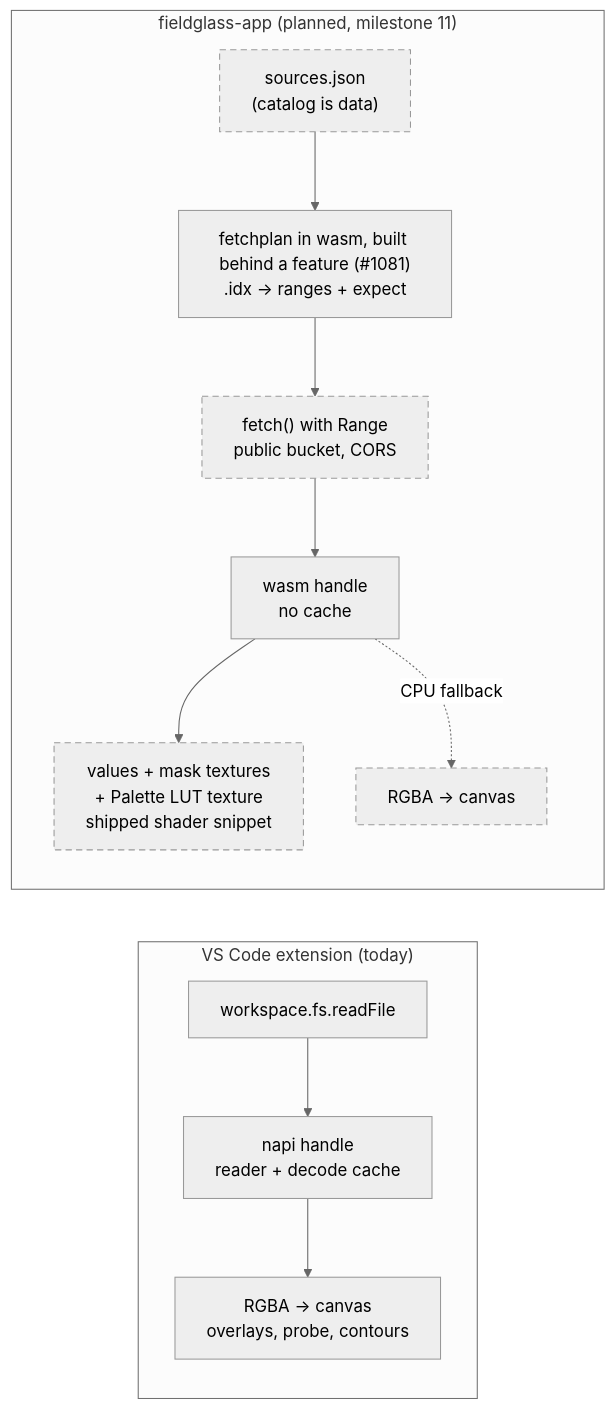
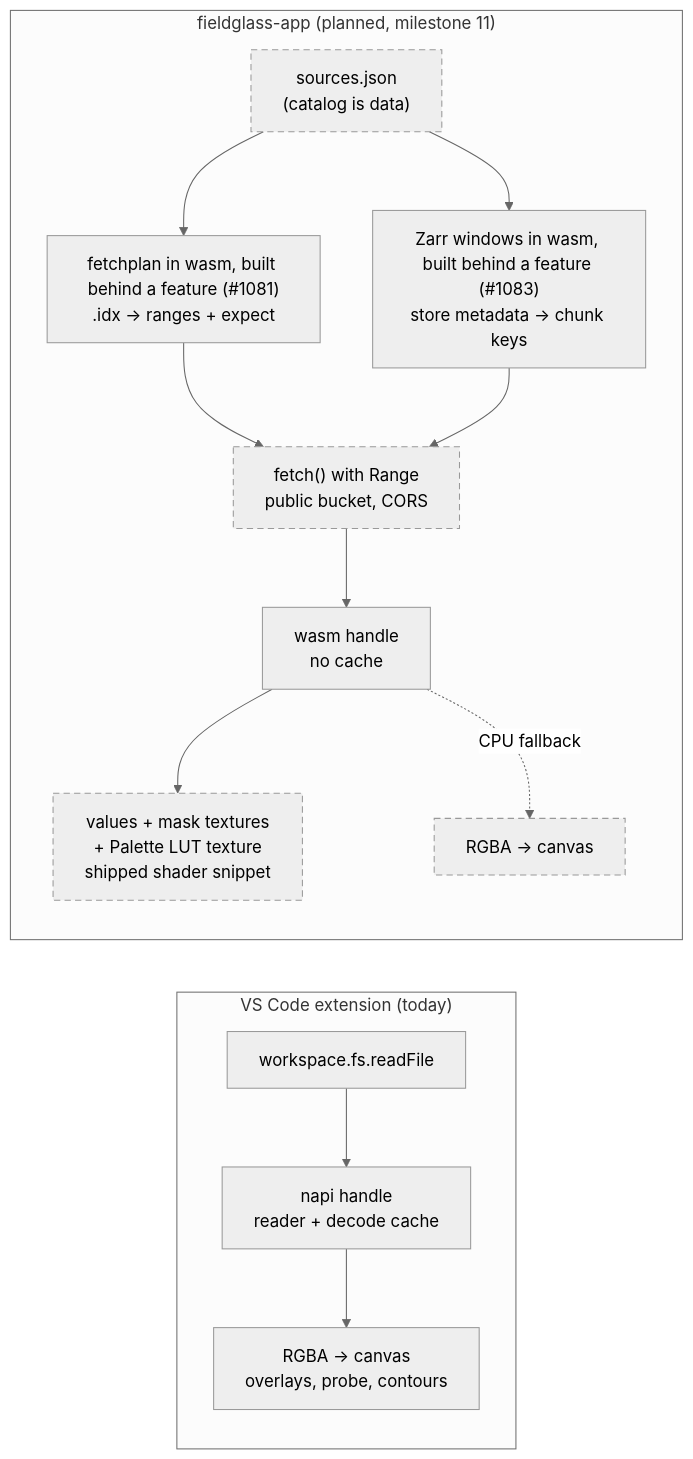
One commit to D0ubleD0uble/fieldglass changed the first of 3 diagrams in docs/architecture/planned/04-hosts.md. Above: the diagram before and after it, drawn with Mermaid (neutral theme). The commit also changed other lines of this file and 97 other files, not shown here.

First line of the commit message:
feat(fieldglass-wasm, fieldglass): Zarr stores in the browser, behind a `zarr` feature

````diff
--- a/docs/architecture/planned/04-hosts.md
+++ b/docs/architecture/planned/04-hosts.md
@@ -15,16 +15,18 @@
 ```mermaid
 flowchart LR
     subgraph vscode["VS Code extension (today)"]
         fs["workspace.fs.readFile"] --> nb["napi handle<br/>reader + decode cache"]
         nb --> canvas["RGBA → canvas<br/>overlays, probe, contours"]
     end
     subgraph browser["fieldglass-app (planned, milestone 11)"]
         cat["sources.json<br/>(catalog is data)"] --> plan["fetchplan in wasm, built behind a feature (#1081)<br/>.idx → ranges + expect"]
+        cat --> zplan["Zarr windows in wasm, built behind a feature (#1083)<br/>store metadata → chunk keys"]
         plan --> fetch["fetch() with Range<br/>public bucket, CORS"]
+        zplan --> fetch
         fetch --> wb["wasm handle<br/>no cache"]
         wb --> gpu["values + mask textures<br/>+ Palette LUT texture<br/>shipped shader snippet"]
         wb -. CPU fallback .-> canvas2["RGBA → canvas"]
     end
     classDef planned stroke-dasharray: 6 4
     class cat,fetch,gpu,canvas2 planned
 ```
````
